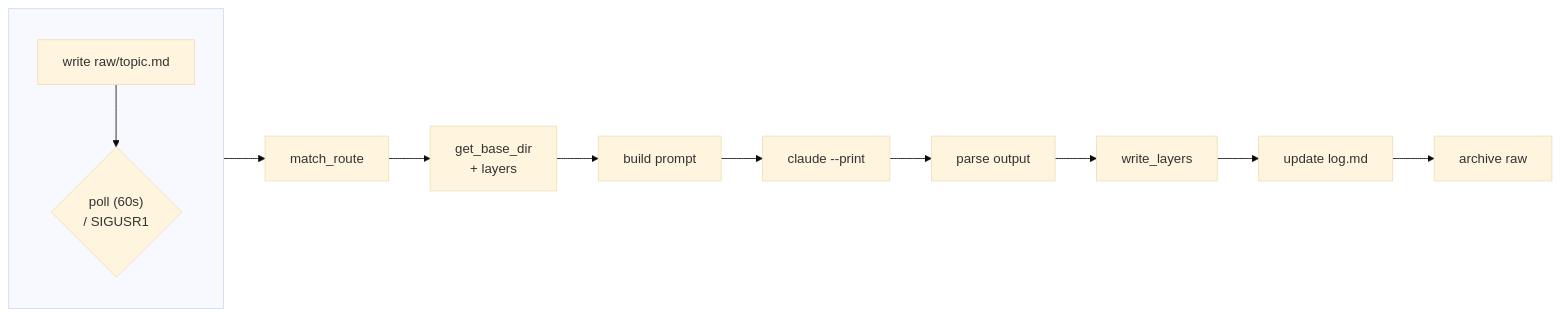
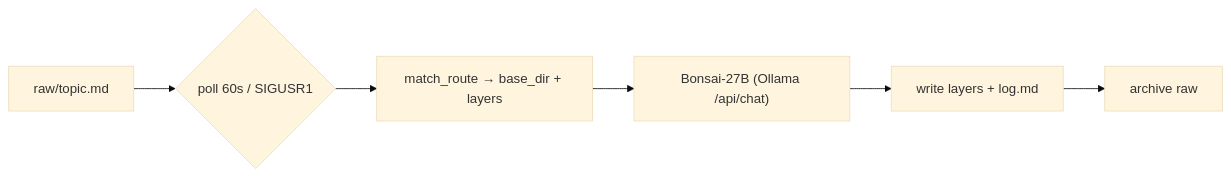
Before and after one commit to darkstarinitiative-oss/DSI-Wiki-public: the diagram in README.md, drawn with Mermaid (base theme). The commit also changed other lines of this file and 18 other files, not shown here.

````diff
--- a/README.md
+++ b/README.md
@@ -85,15 +87,8 @@
 ```mermaid
 flowchart LR
-    subgraph " "
-        direction TB
-        A["write raw/topic.md"] --> B{"poll (60s)<br/>/ SIGUSR1"}
-    end
-    B --> C["match_route"]
-    C --> D["get_base_dir<br/>+ layers"]
-    D --> E["build prompt"]
-    E --> F["claude --print"]
-    F --> G["parse output"]
-    G --> H["write_layers"]
-    H --> I["update log.md"]
-    I --> J["archive raw"]
+    A["raw/topic.md"] --> B{"poll 60s / SIGUSR1"}
+    B --> C["match_route → base_dir + layers"]
+    C --> D["Bonsai-27B (Ollama /api/chat)"]
+    D --> E["write layers + log.md"]
+    E --> F["archive raw"]
 ```
````
